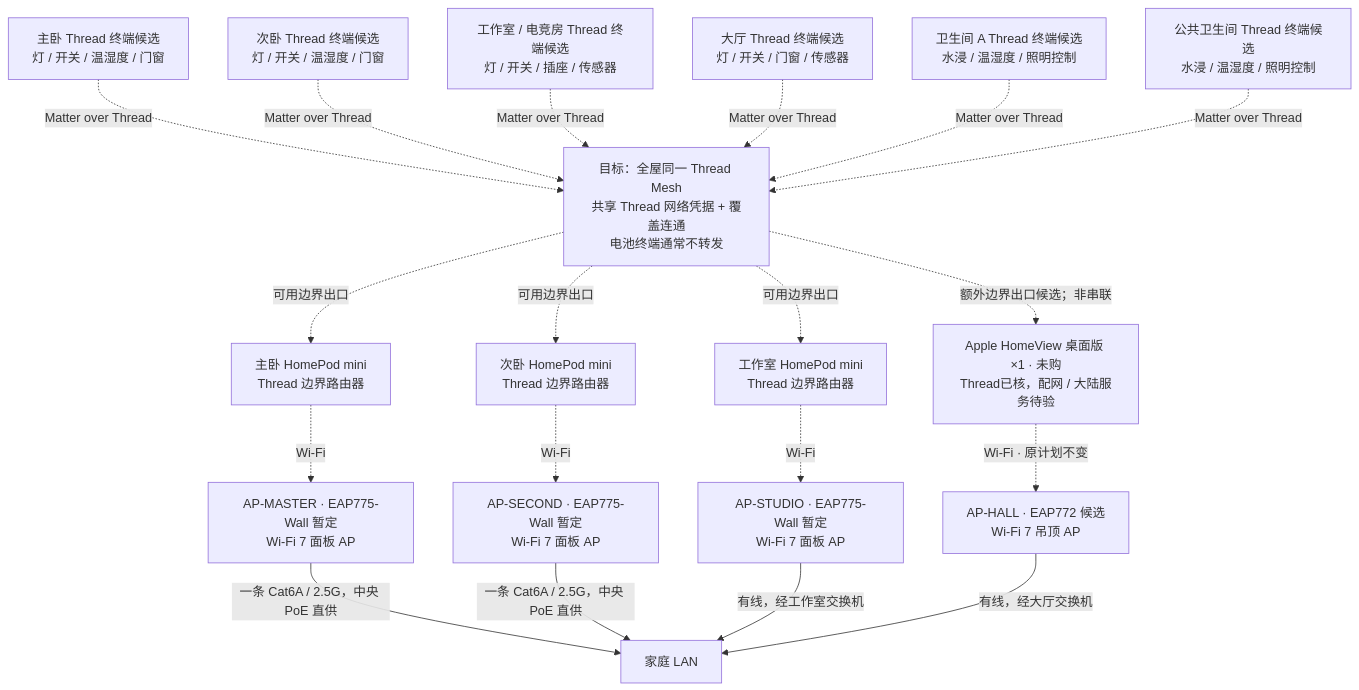
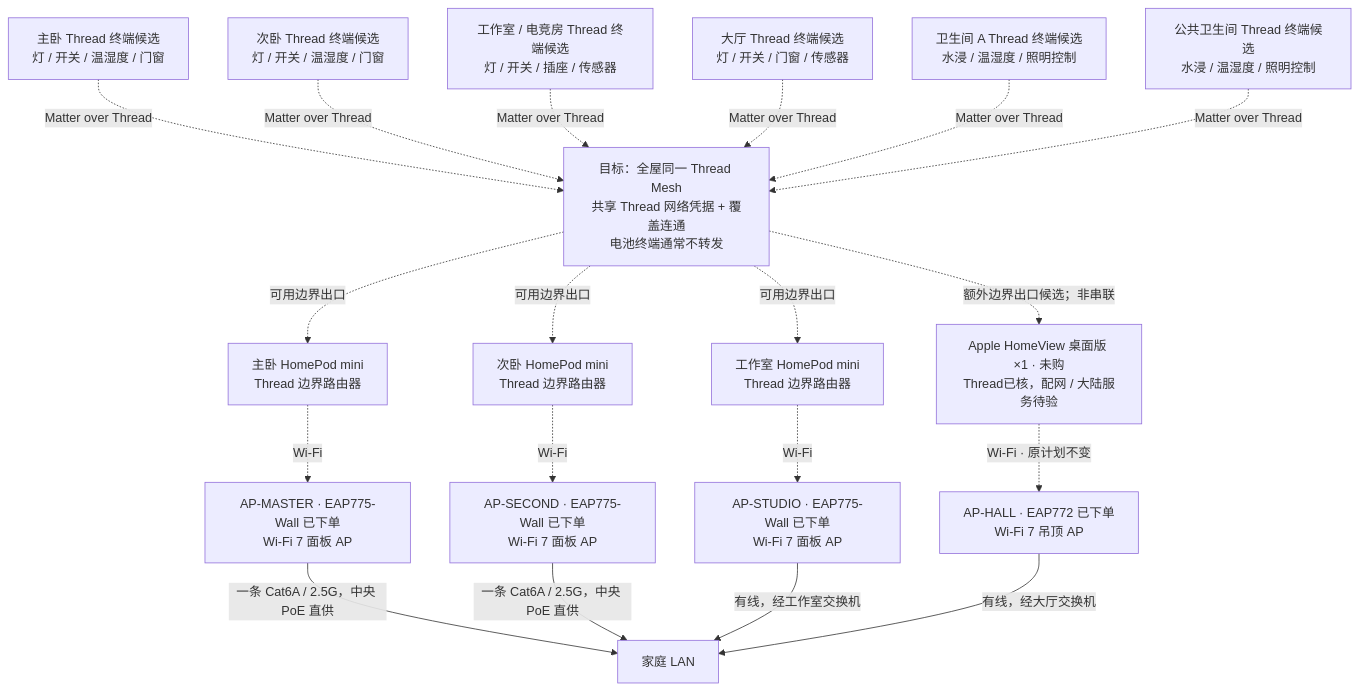
One commit to QZSAMA/AgentHomeAssistant changed the second of 2 diagrams in docs/smart-home-topology.md. Above: the diagram before and after it, drawn with Mermaid. The commit also changed other lines of this file and 16 other files, not shown here.

````diff
--- a/docs/smart-home-topology.md
+++ b/docs/smart-home-topology.md
@@ -167,32 +168,32 @@
 ```mermaid
 flowchart TB
     TM["主卧 Thread 终端候选<br/>灯 / 开关 / 温湿度 / 门窗"]
     TS["次卧 Thread 终端候选<br/>灯 / 开关 / 温湿度 / 门窗"]
     TW["工作室 / 电竞房 Thread 终端候选<br/>灯 / 开关 / 插座 / 传感器"]
     TH["大厅 Thread 终端候选<br/>灯 / 开关 / 门窗 / 传感器"]
     TB1["卫生间 A Thread 终端候选<br/>水浸 / 温湿度 / 照明控制"]
     TB2["公共卫生间 Thread 终端候选<br/>水浸 / 温湿度 / 照明控制"]
 
     MESH["目标：全屋同一 Thread Mesh<br/>共享 Thread 网络凭据 + 覆盖连通<br/>电池终端通常不转发"]
     TM -. "Matter over Thread" .-> MESH
     TS -. "Matter over Thread" .-> MESH
     TW -. "Matter over Thread" .-> MESH
     TH -. "Matter over Thread" .-> MESH
     TB1 -. "Matter over Thread" .-> MESH
     TB2 -. "Matter over Thread" .-> MESH
 
     MESH -. "可用边界出口" .-> HP1["主卧 HomePod mini<br/>Thread 边界路由器"]
     MESH -. "可用边界出口" .-> HP2["次卧 HomePod mini<br/>Thread 边界路由器"]
     MESH -. "可用边界出口" .-> HP3["工作室 HomePod mini<br/>Thread 边界路由器"]
 
-    HP1 -. "Wi-Fi" .-> AP1["AP-MASTER · EAP775-Wall 暂定<br/>Wi-Fi 7 面板 AP"]
-    HP2 -. "Wi-Fi" .-> AP2["AP-SECOND · EAP775-Wall 暂定<br/>Wi-Fi 7 面板 AP"]
-    HP3 -. "Wi-Fi" .-> AP3["AP-STUDIO · EAP775-Wall 暂定<br/>Wi-Fi 7 面板 AP"]
+    HP1 -. "Wi-Fi" .-> AP1["AP-MASTER · EAP775-Wall 已下单<br/>Wi-Fi 7 面板 AP"]
+    HP2 -. "Wi-Fi" .-> AP2["AP-SECOND · EAP775-Wall 已下单<br/>Wi-Fi 7 面板 AP"]
+    HP3 -. "Wi-Fi" .-> AP3["AP-STUDIO · EAP775-Wall 已下单<br/>Wi-Fi 7 面板 AP"]
     AP1 -->|"一条 Cat6A / 2.5G，中央 PoE 直供"| LAN["家庭 LAN"]
     AP2 -->|"一条 Cat6A / 2.5G，中央 PoE 直供"| LAN
     AP3 -->|"有线，经工作室交换机"| LAN
 
-    HUB["Apple HomeView 桌面版 ×1 · 未购<br/>Thread已核，配网 / 大陆服务待验"] -. "Wi-Fi · 原计划不变" .-> AP4["AP-HALL · EAP772 候选<br/>Wi-Fi 7 吊顶 AP"]
+    HUB["Apple HomeView 桌面版 ×1 · 未购<br/>Thread已核，配网 / 大陆服务待验"] -. "Wi-Fi · 原计划不变" .-> AP4["AP-HALL · EAP772 已下单<br/>Wi-Fi 7 吊顶 AP"]
     MESH -. "额外边界出口候选；非串联" .-> HUB
     AP4 -->|"有线，经大厅交换机"| LAN
 ```
````
